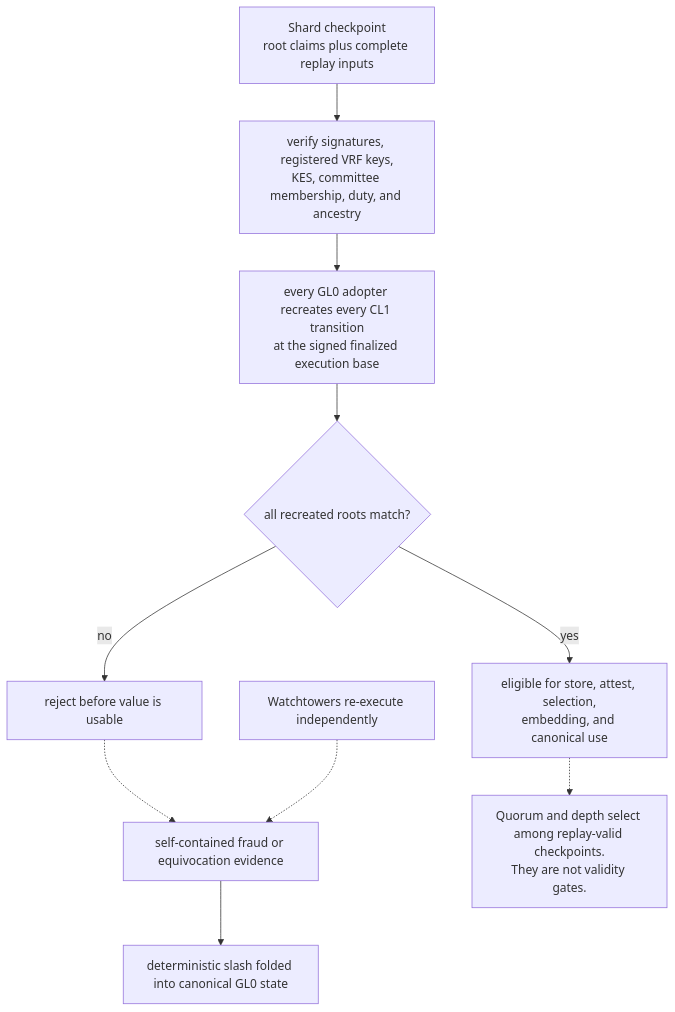
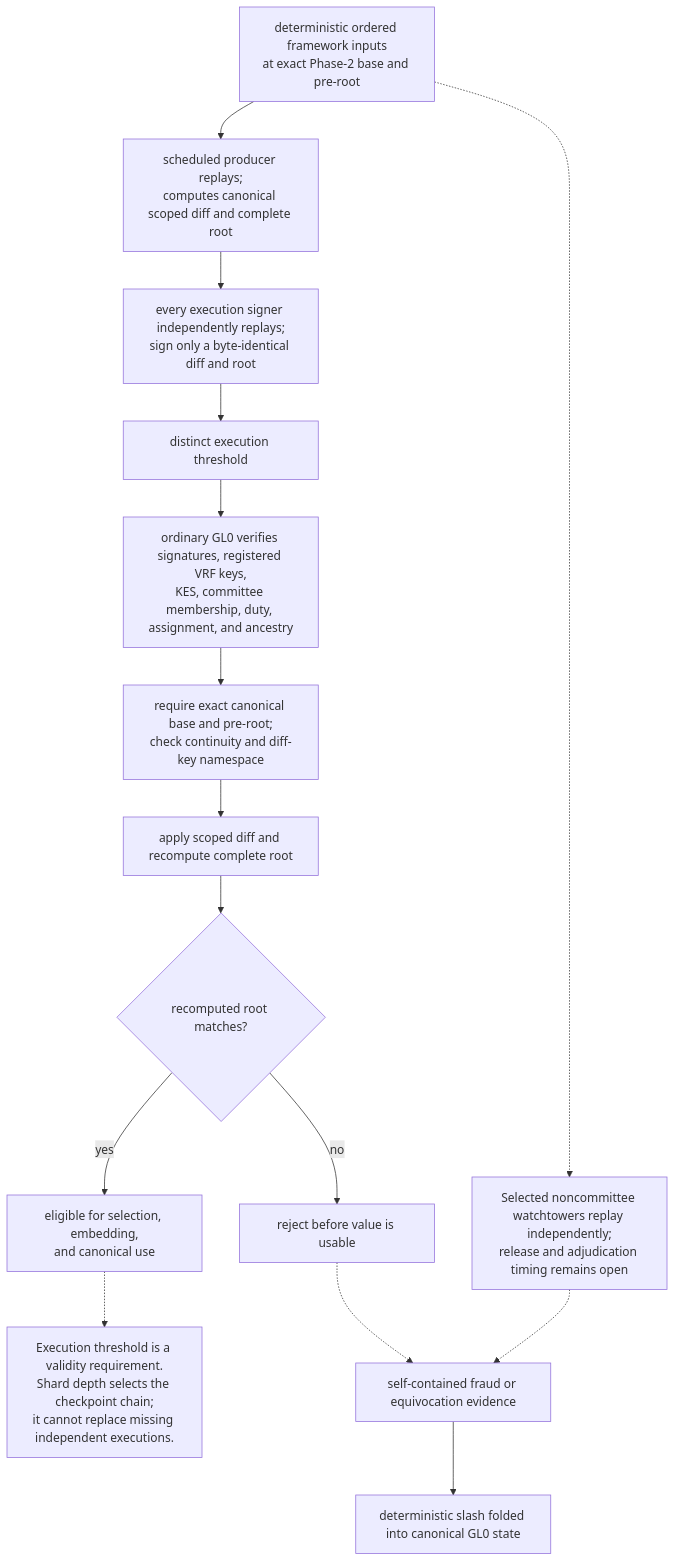
The diagram in docs/nakamoto/diagrams/shard-security-layering.mmd (ottobot-ai/tessellation), drawn with Mermaid before and after one commit. The commit also changed 277 other files, not shown here.

```diff
--- a/docs/nakamoto/diagrams/shard-security-layering.mmd
+++ b/docs/nakamoto/diagrams/shard-security-layering.mmd
@@ -1,12 +1,18 @@
+%% TARGET DESIGN. State-validity signatures follow local reproduction.
 flowchart TB
-    CP["Shard checkpoint<br/>root claims plus complete replay inputs"]
-    CP --> AUTH["verify signatures, registered VRF keys,<br/>KES, committee membership, duty, and ancestry"]
-    AUTH --> REPLAY["every GL0 adopter recreates every CL1 transition<br/>at the signed finalized execution base"]
-    REPLAY --> MATCH{"all recreated roots match?"}
-    MATCH -->|yes| USE["eligible for store, attest, selection,<br/>embedding, and canonical use"]
+    INPUT["deterministic ordered framework inputs<br/>at exact Phase-2 base and pre-root"]
+    INPUT --> PRODUCER["scheduled producer replays;<br/>computes canonical scoped diff and complete root"]
+    PRODUCER --> SIGNERS["every execution signer independently replays;<br/>sign only a byte-identical diff and root"]
+    SIGNERS --> THRESHOLD["distinct execution threshold"]
+    THRESHOLD --> AUTH["ordinary GL0 verifies signatures, registered VRF keys,<br/>KES, committee membership, duty, assignment, and ancestry"]
+    AUTH --> CAS["require exact canonical base and pre-root;<br/>check continuity and diff-key namespace"]
+    CAS --> APPLY["apply scoped diff and recompute complete root"]
+    APPLY --> MATCH{"recomputed root matches?"}
+    MATCH -->|yes| USE["eligible for selection, embedding,<br/>and canonical use"]
     MATCH -->|no| DROP["reject before value is usable"]
     DROP -.-> EVIDENCE["self-contained fraud or equivocation evidence"]
     EVIDENCE --> SLASH["deterministic slash folded into canonical GL0 state"]
-    WATCH["Watchtowers re-execute independently"] -.-> EVIDENCE
-    NOTE["Quorum and depth select among replay-valid checkpoints.<br/>They are not validity gates."]
+    WATCH["Selected noncommittee watchtowers replay independently;<br/>release and adjudication timing remains open"] -.-> EVIDENCE
+    INPUT -.-> WATCH
+    NOTE["Execution threshold is a validity requirement.<br/>Shard depth selects the checkpoint chain;<br/>it cannot replace missing independent executions."]
     USE -.-> NOTE
```
